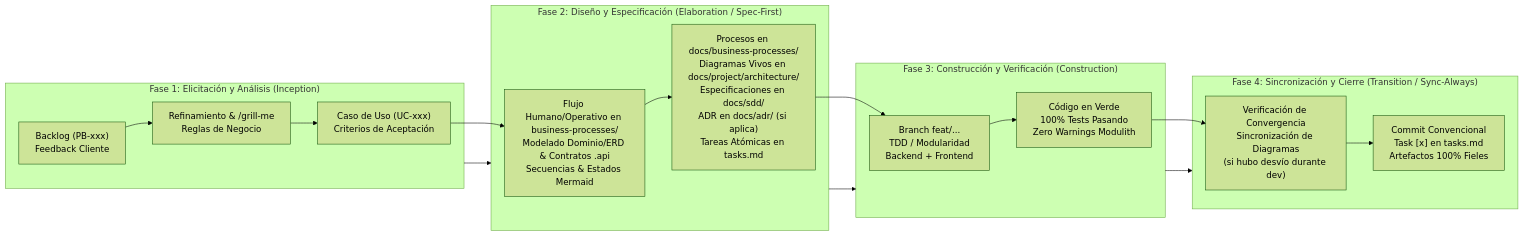
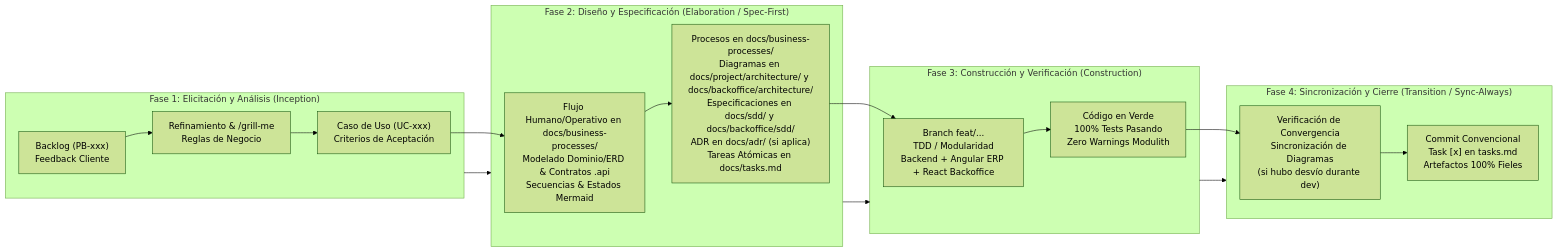
The diagram in docs/adr/0007_sdd_software_development_lifecycle.md (vakajose/gestion-restaurante), drawn with Mermaid (forest theme) before and after one commit. The commit also changed other lines of this file and 156 other files, not shown here.

First line of the commit message:
docs(sdd,obsidian,manuals,qa): complete TASK-613 documentation audit, client guides, ADR-0030..0033 and backlog sync

````diff
--- a/docs/adr/0007_sdd_software_development_lifecycle.md
+++ b/docs/adr/0007_sdd_software_development_lifecycle.md
@@ -43,24 +43,24 @@
 ```mermaid
 flowchart LR
     subgraph F1["Fase 1: Elicitación y Análisis (Inception)"]
         In1["Backlog (PB-xxx)<br/>Feedback Cliente"] --> Act1["Refinamiento & /grill-me<br/>Reglas de Negocio"]
         Act1 --> Out1["Caso de Uso (UC-xxx)<br/>Criterios de Aceptación"]
     end
 
     subgraph F2["Fase 2: Diseño y Especificación (Elaboration / Spec-First)"]
-        Out1 --> Act2["Flujo Humano/Operativo en business-processes/<br/>Modelado Dominio/ERD & Contratos .api<br/>Secuencias & Estados Mermaid"]
-        Act2 --> Out2["Procesos en docs/business-processes/<br/>Diagramas Vivos en docs/project/architecture/<br/>Especificaciones en docs/sdd/<br/>ADR en docs/adr/ (si aplica)<br/>Tareas Atómicas en tasks.md"]
+        Out1 --> Act2["Flujo Humano/Operativo en docs/business-processes/<br/>Modelado Dominio/ERD & Contratos .api<br/>Secuencias & Estados Mermaid"]
+        Act2 --> Out2["Procesos en docs/business-processes/<br/>Diagramas en docs/project/architecture/ y docs/backoffice/architecture/<br/>Especificaciones en docs/sdd/ y docs/backoffice/sdd/<br/>ADR en docs/adr/ (si aplica)<br/>Tareas Atómicas en docs/tasks.md"]
     end
 
     subgraph F3["Fase 3: Construcción y Verificación (Construction)"]
-        Out2 --> Act3["Branch feat/...<br/>TDD / Modularidad<br/>Backend + Frontend"]
+        Out2 --> Act3["Branch feat/...<br/>TDD / Modularidad<br/>Backend + Angular ERP + React Backoffice"]
         Act3 --> Out3["Código en Verde<br/>100% Tests Pasando<br/>Zero Warnings Modulith"]
     end
 
     subgraph F4["Fase 4: Sincronización y Cierre (Transition / Sync-Always)"]
         Out3 --> Act4["Verificación de Convergencia<br/>Sincronización de Diagramas<br/>(si hubo desvío durante dev)"]
         Act4 --> Out4["Commit Convencional<br/>Task [x] en tasks.md<br/>Artefactos 100% Fieles"]
     end
 
     F1 --> F2 --> F3 --> F4
 ```
````
